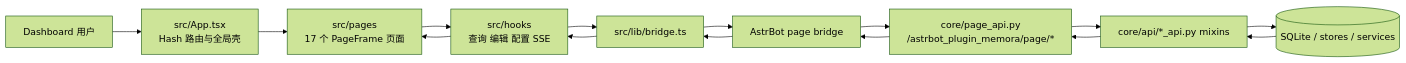
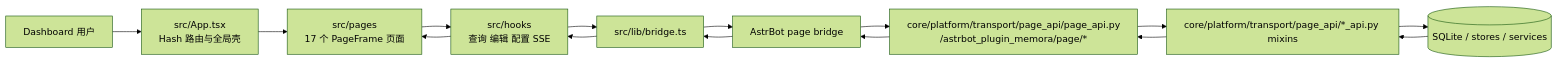
One commit to INSide-734/astrbot_plugin_memora changed the first of 2 diagrams in pages/dashboard/AGENTS.md. Above: the diagram before and after it, drawn with Mermaid (forest theme). The commit also changed other lines of this file and 26 other files, not shown here.

````diff
--- a/pages/dashboard/AGENTS.md
+++ b/pages/dashboard/AGENTS.md
@@ -70,12 +70,12 @@
 ```mermaid
 flowchart LR
     U[Dashboard 用户] --> A[src/App.tsx\nHash 路由与全局壳]
     A --> P[src/pages\n17 个 PageFrame 页面]
     P --> H[src/hooks\n查询 编辑 配置 SSE]
     H --> B[src/lib/bridge.ts]
     B --> X[AstrBot page bridge]
-    X --> E[core/page_api.py\n/astrbot_plugin_memora/page/*]
-    E --> M[core/api/*_api.py mixins]
+    X --> E[core/platform/transport/page_api/page_api.py\n/astrbot_plugin_memora/page/*]
+    E --> M[core/platform/transport/page_api/*_api.py mixins]
     M --> S[(SQLite / stores / services)]
     S --> M --> E --> X --> B --> H --> P
 ```
````
